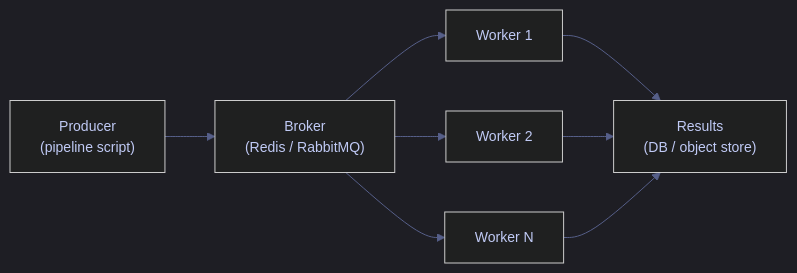
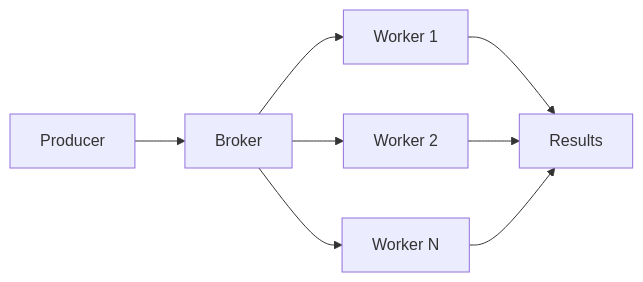
Before and after one commit to alp78/elysium: the diagram in content/02-Programming-Languages/01-Python/13-py-advancedpipelines.md, drawn with Mermaid. The commit also changed other lines of this file and 14 other files, not shown here.

````diff
--- a/content/02-Programming-Languages/01-Python/13-py-advancedpipelines.md
+++ b/content/02-Programming-Languages/01-Python/13-py-advancedpipelines.md
@@ -462,22 +326,10 @@
 ```mermaid
-%%{init: {'theme': 'dark', 'themeVariables': {
-  'primaryColor': '#292e42',
-  'primaryTextColor': '#c0caf5',
-  'primaryBorderColor': '#565f89',
-  'lineColor': '#565f89',
-  'secondaryColor': '#1a1b26',
-  'tertiaryColor': '#24283b',
-  'noteTextColor': '#c0caf5',
-  'noteBkgColor': '#292e42',
-  'textColor': '#c0caf5',
-  'fontSize': '14px'
-}}}%%
 flowchart LR
-    P["Producer<br/>(pipeline script)"] --> B["Broker<br/>(Redis / RabbitMQ)"]
+    P["Producer"] --> B["Broker"]
     B --> W1["Worker 1"]
     B --> W2["Worker 2"]
     B --> W3["Worker N"]
-    W1 --> R["Results<br/>(DB / object store)"]
+    W1 --> R["Results"]
     W2 --> R
     W3 --> R
 ```
````
